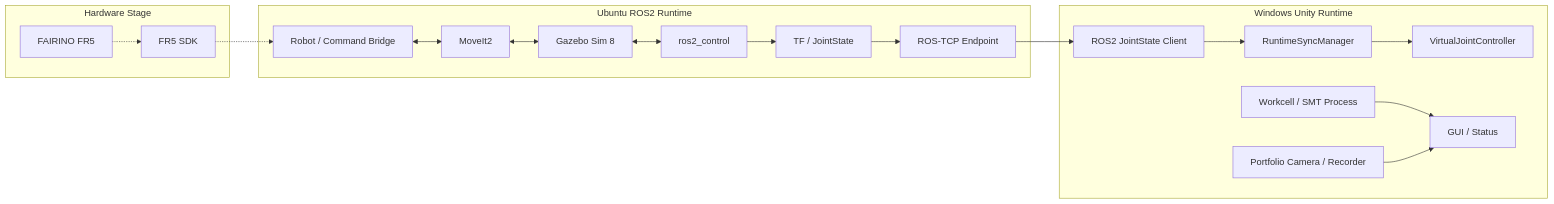
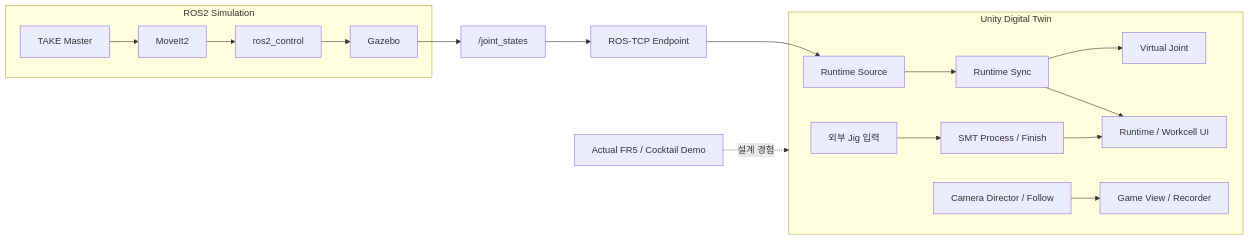
The first of 2 diagrams in docs/02_architecture.md (seongyeop-dev/fr5-unity-digital-twin), drawn with Mermaid before and after one commit. The commit also changed other lines of this file and 49 other files, not shown here.

Commit message:
portfolio: finalize FR5 digital twin implementation

````diff
--- a/docs/02_architecture.md
+++ b/docs/02_architecture.md
@@ -22,38 +10,17 @@
 ```mermaid
 flowchart LR
-    subgraph HW["Hardware Stage"]
-        FR5["FAIRINO FR5"]
-        SDK["FR5 SDK"]
+    EXP["Actual FR5 / Cocktail Demo"] -. "설계 경험" .-> DT
+    subgraph SIM["ROS2 Simulation"]
+        T["TAKE Master"] --> M["MoveIt2"]
+        M --> C["ros2_control"] --> G["Gazebo"]
     end
-
-    subgraph ROS["Ubuntu ROS2 Runtime"]
-        BR["Robot / Command Bridge"]
-        MOVE["MoveIt2"]
-        GZ["Gazebo Sim 8"]
-        CTRL["ros2_control"]
-        TF["TF / JointState"]
-        TCP["ROS-TCP Endpoint"]
+    G --> J["/joint_states"] --> TCP["ROS-TCP Endpoint"]
+    subgraph DT["Unity Digital Twin"]
+        S["Runtime Source"] --> Y["Runtime Sync"] --> V["Virtual Joint"]
+        IN["외부 Jig 입력"] --> P["SMT Process / Finish"]
+        Y --> UI["Runtime / Workcell UI"]
+        P --> UI
+        CAM["Camera Director / Follow"] --> GV["Game View / Recorder"]
     end
-
-    subgraph U["Windows Unity Runtime"]
-        CLIENT["ROS2 JointState Client"]
-        SYNC["RuntimeSyncManager"]
-        JOINT["VirtualJointController"]
-        PROC["Workcell / SMT Process"]
-        GUI["GUI / Status"]
-        CAM["Portfolio Camera / Recorder"]
-    end
-
-    FR5 -.-> SDK
-    SDK -.-> BR
-    BR <--> MOVE
-    MOVE <--> GZ
-    GZ <--> CTRL
-    CTRL --> TF
-    TF --> TCP
-    TCP --> CLIENT
-    CLIENT --> SYNC
-    SYNC --> JOINT
-    PROC --> GUI
-    CAM --> GUI
+    TCP --> S
 ```
````
